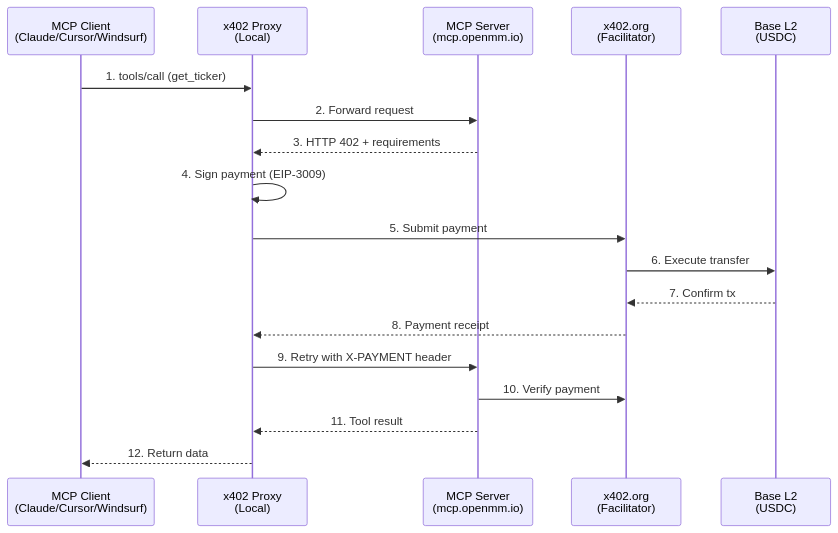
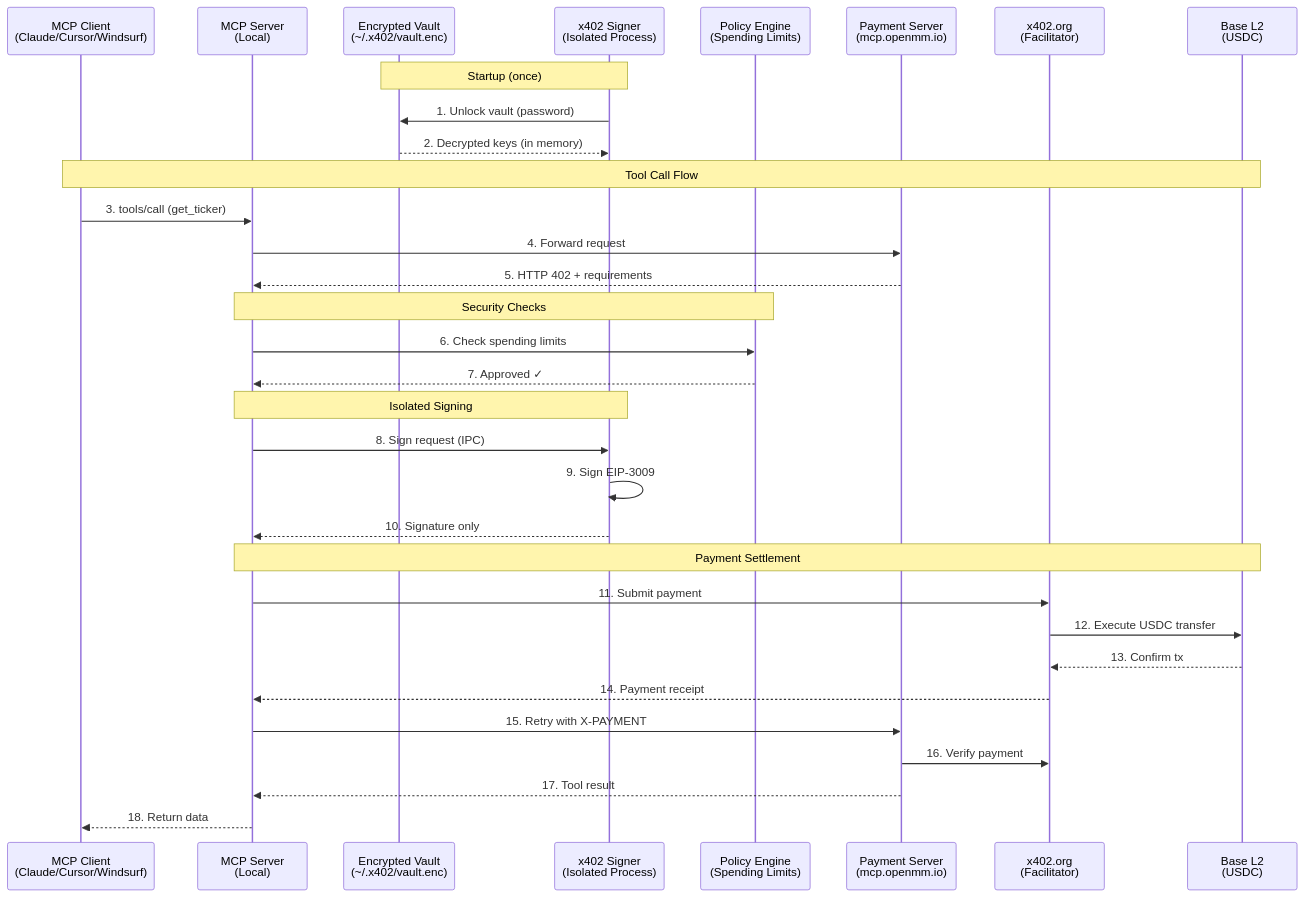
One commit to QBT-Labs/x402 changed the diagram in README.md. Above: the diagram before and after it, drawn with Mermaid. The commit also changed other lines of this file, not shown here.

Commit message:
docs: Update architecture diagram with security flow
- New sequence diagram showing full security architecture
- Includes Vault → Signer → Policy → Facilitator flow
- Shows process isolation between MCP and signer
- Updated component table with security features

````diff
--- a/README.md
+++ b/README.md
@@ -13,21 +13,40 @@
 ```mermaid
 sequenceDiagram
     participant Client as MCP Client<br/>(Claude/Cursor/Windsurf)
-    participant Proxy as x402 Proxy<br/>(Local)
-    participant Server as MCP Server<br/>(mcp.openmm.io)
+    participant MCP as MCP Server<br/>(Local)
+    participant Vault as Encrypted Vault<br/>(~/.x402/vault.enc)
+    participant Signer as x402 Signer<br/>(Isolated Process)
+    participant Policy as Policy Engine<br/>(Spending Limits)
+    participant Server as Payment Server<br/>(mcp.openmm.io)
     participant Facilitator as x402.org<br/>(Facilitator)
     participant Chain as Base L2<br/>(USDC)
 
-    Client->>Proxy: 1. tools/call (get_ticker)
-    Proxy->>Server: 2. Forward request
-    Server-->>Proxy: 3. HTTP 402 + requirements
-    Proxy->>Proxy: 4. Sign payment (EIP-3009)
-    Proxy->>Facilitator: 5. Submit payment
-    Facilitator->>Chain: 6. Execute transfer
-    Chain-->>Facilitator: 7. Confirm tx
-    Facilitator-->>Proxy: 8. Payment receipt
-    Proxy->>Server: 9. Retry with X-PAYMENT header
-    Server->>Facilitator: 10. Verify payment
-    Server-->>Proxy: 11. Tool result
-    Proxy-->>Client: 12. Return data
+    Note over Vault,Signer: Startup (once)
+    Signer->>Vault: 1. Unlock vault (password)
+    Vault-->>Signer: 2. Decrypted keys (in memory)
+    
+    Note over Client,Chain: Tool Call Flow
+    Client->>MCP: 3. tools/call (get_ticker)
+    MCP->>Server: 4. Forward request
+    Server-->>MCP: 5. HTTP 402 + requirements
+    
+    Note over MCP,Policy: Security Checks
+    MCP->>Policy: 6. Check spending limits
+    Policy-->>MCP: 7. Approved ✓
+    
+    Note over MCP,Signer: Isolated Signing
+    MCP->>Signer: 8. Sign request (IPC)
+    Signer->>Signer: 9. Sign EIP-3009
+    Signer-->>MCP: 10. Signature only
+    
+    Note over MCP,Chain: Payment Settlement
+    MCP->>Facilitator: 11. Submit payment
+    Facilitator->>Chain: 12. Execute USDC transfer
+    Chain-->>Facilitator: 13. Confirm tx
+    Facilitator-->>MCP: 14. Payment receipt
+    
+    MCP->>Server: 15. Retry with X-PAYMENT
+    Server->>Facilitator: 16. Verify payment
+    Server-->>MCP: 17. Tool result
+    MCP-->>Client: 18. Return data
 ```
````
